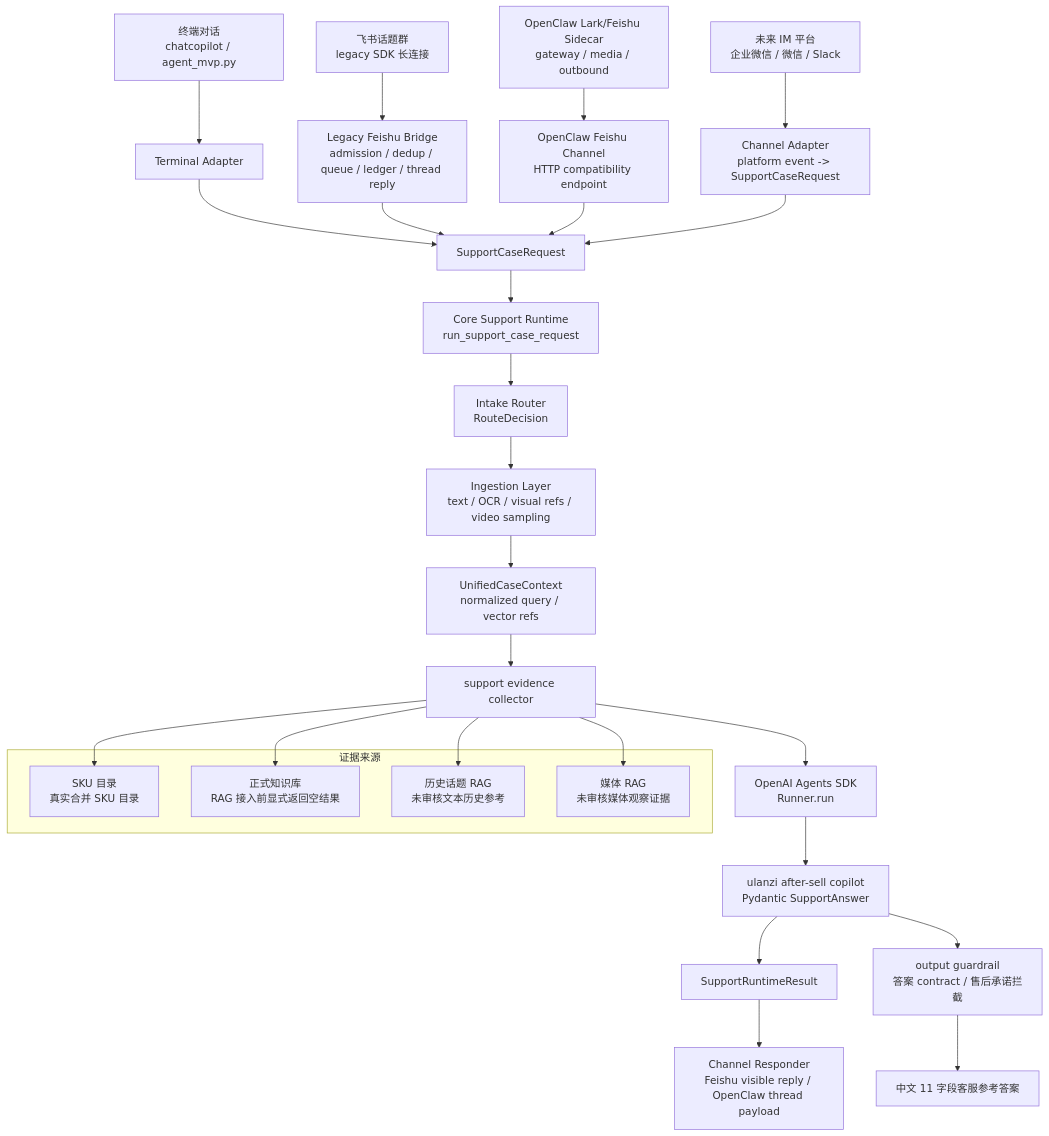
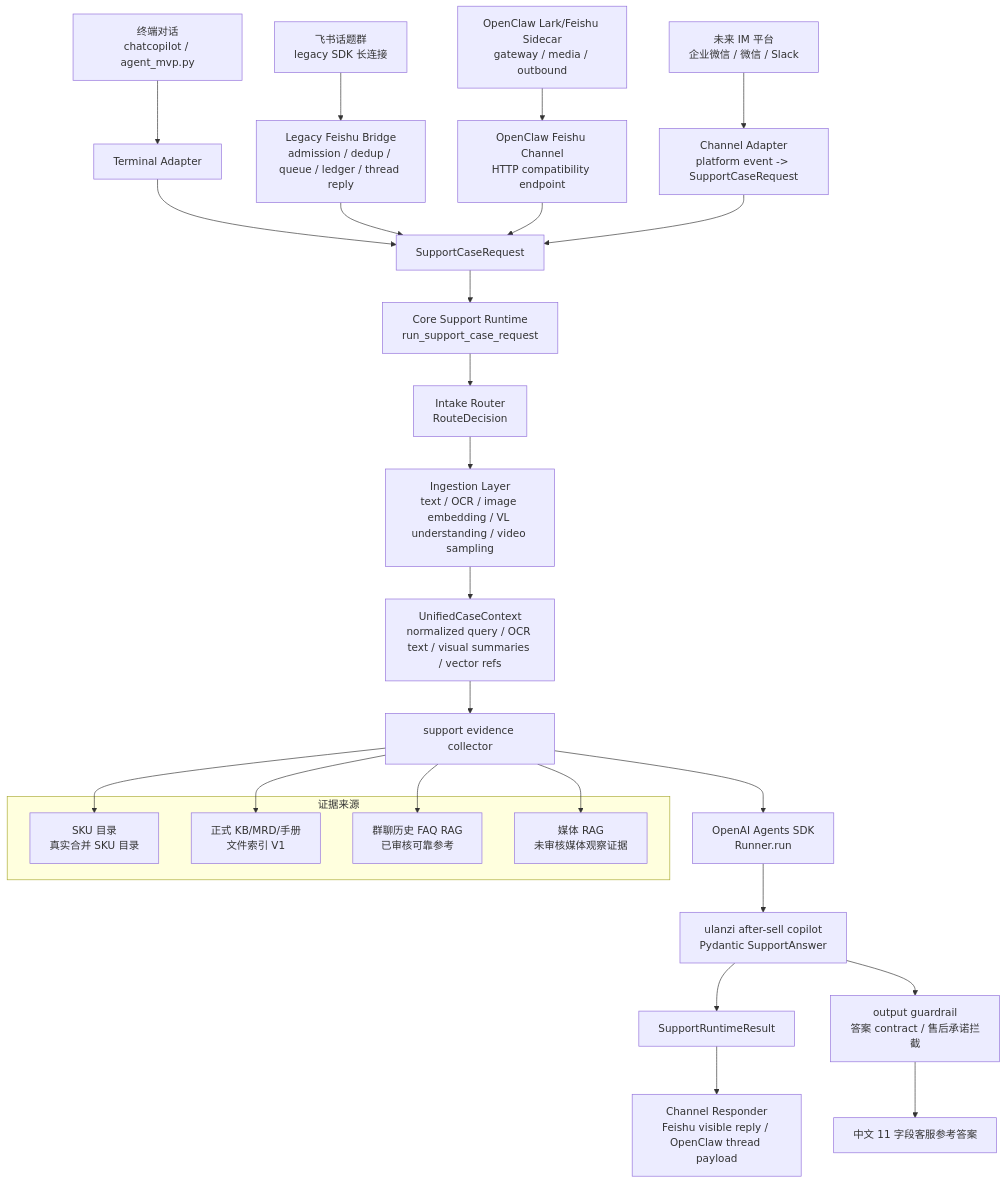
Before and after one commit to ccchenhuohuo/after-sale-ai-agent: the diagram in docs/architecture.md, drawn with Mermaid. The commit also changed other lines of this file and 51 other files, not shown here.

````diff
--- a/docs/architecture.md
+++ b/docs/architecture.md
@@ -13,36 +13,36 @@
 ```mermaid
 flowchart TB
     terminal["终端对话<br/>chatcopilot / agent_mvp.py"] --> terminal_adapter["Terminal Adapter"]
     legacy_feishu["飞书话题群<br/>legacy SDK 长连接"] --> legacy_bridge["Legacy Feishu Bridge<br/>admission / dedup / queue / ledger / thread reply"]
     openclaw["OpenClaw Lark/Feishu Sidecar<br/>gateway / media / outbound"] --> openclaw_channel["OpenClaw Feishu Channel<br/>HTTP compatibility endpoint"]
     future_im["未来 IM 平台<br/>企业微信 / 微信 / Slack"] --> future_channel["Channel Adapter<br/>platform event -> SupportCaseRequest"]
 
     terminal_adapter --> request["SupportCaseRequest"]
     legacy_bridge --> request
     openclaw_channel --> request
     future_channel --> request
 
     request --> runtime["Core Support Runtime<br/>run_support_case_request"]
     runtime --> intake["Intake Router<br/>RouteDecision"]
-    intake --> ingestion["Ingestion Layer<br/>text / OCR / visual refs / video sampling"]
-    ingestion --> context["UnifiedCaseContext<br/>normalized query / vector refs"]
+    intake --> ingestion["Ingestion Layer<br/>text / OCR / image embedding / VL understanding / video sampling"]
+    ingestion --> context["UnifiedCaseContext<br/>normalized query / OCR text / visual summaries / vector refs"]
     context --> evidence["support evidence collector"]
     evidence --> agent_runner["OpenAI Agents SDK<br/>Runner.run"]
     agent_runner --> copilot["ulanzi after-sell copilot<br/>Pydantic SupportAnswer"]
     copilot --> runtime_result["SupportRuntimeResult"]
     runtime_result --> feishu_reply["Channel Responder<br/>Feishu visible reply / OpenClaw thread payload"]
 
     subgraph evidence_sources["证据来源"]
         sku["SKU 目录<br/>真实合并 SKU 目录"]
-        official["正式知识库<br/>RAG 接入前显式返回空结果"]
-        history["历史话题 RAG<br/>未审核文本历史参考"]
+        official["正式 KB/MRD/手册<br/>文件索引 V1"]
+        history["群聊历史 FAQ RAG<br/>已审核可靠参考"]
         media["媒体 RAG<br/>未审核媒体观察证据"]
     end
 
     evidence --> sku
     evidence --> official
     evidence --> history
     evidence --> media
     copilot --> guardrail["output guardrail<br/>答案 contract / 售后承诺拦截"]
     guardrail --> answer["中文 11 字段客服参考答案"]
 ```
````
